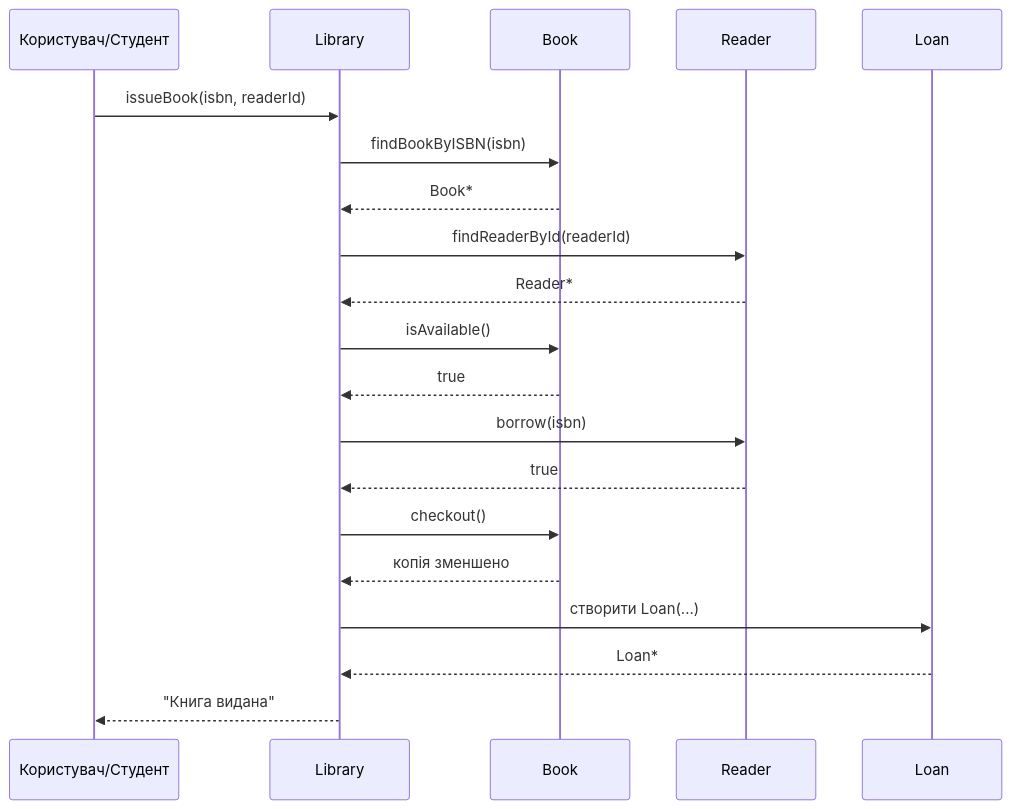
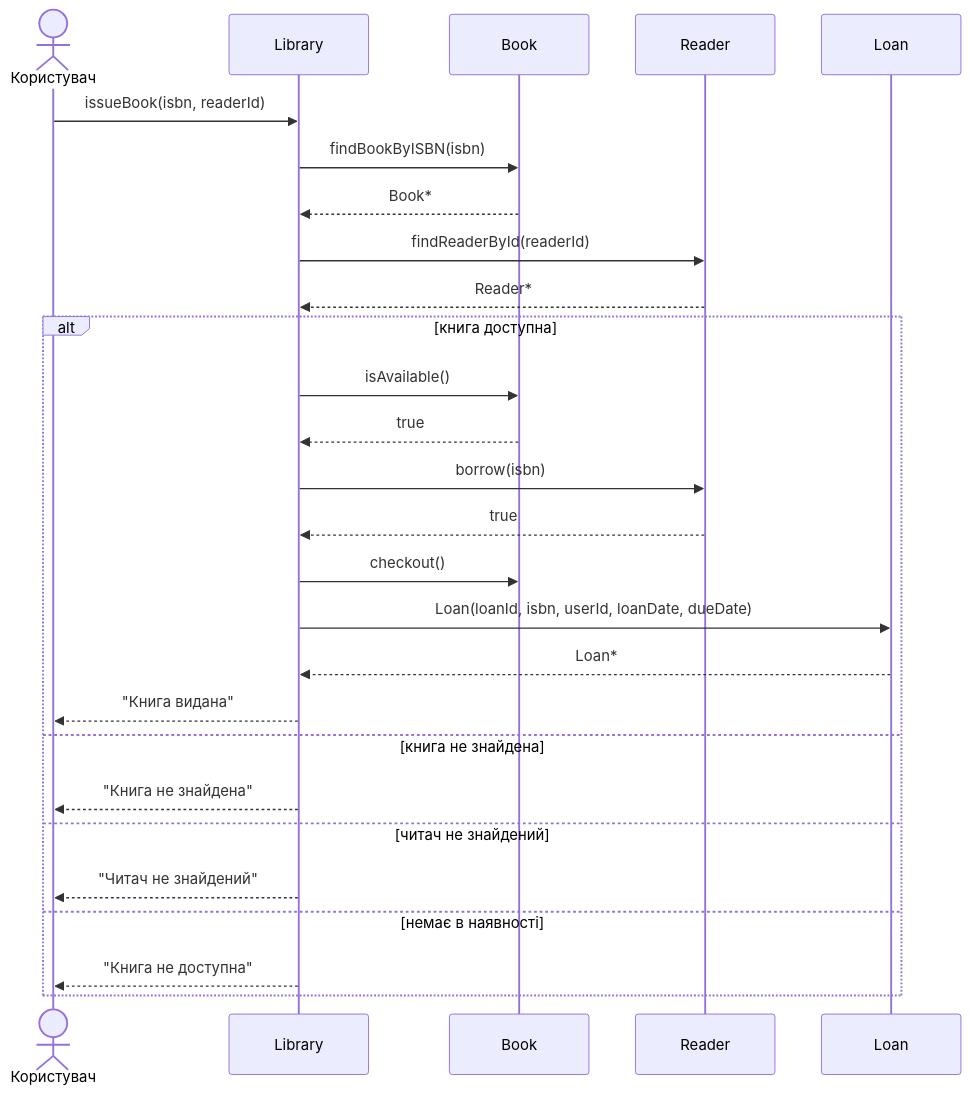
One commit to gachibasers/lab1 changed the second of 9 diagrams in README.md. Above: the diagram before and after it, drawn with Mermaid. The commit also changed other lines of this file, not shown here.

Commit message:
docs: add all UML diagram types (state, component, deployment, package, object) to README

````diff
--- a/README.md
+++ b/README.md
@@ -88,23 +84,30 @@
 ```mermaid
 sequenceDiagram
-    participant U as Користувач/Студент
+    actor U as Користувач
     participant L as Library
     participant B as Book
     participant R as Reader
     participant LN as Loan
 
     U->>L: issueBook(isbn, readerId)
     L->>B: findBookByISBN(isbn)
     B-->>L: Book*
     L->>R: findReaderById(readerId)
     R-->>L: Reader*
-    L->>B: isAvailable()
-    B-->>L: true
-    L->>R: borrow(isbn)
-    R-->>L: true
-    L->>B: checkout()
-    B-->>L: копія зменшено
-    L->>LN: створити Loan(...)
-    LN-->>L: Loan*
-    L-->>U: "Книга видана"
+    alt книга доступна
+        L->>B: isAvailable()
+        B-->>L: true
+        L->>R: borrow(isbn)
+        R-->>L: true
+        L->>B: checkout()
+        L->>LN: Loan(loanId, isbn, userId, loanDate, dueDate)
+        LN-->>L: Loan*
+        L-->>U: "Книга видана"
+    else книга не знайдена
+        L-->>U: "Книга не знайдена"
+    else читач не знайдений
+        L-->>U: "Читач не знайдений"
+    else немає в наявності
+        L-->>U: "Книга не доступна"
+    end
 ```
````
